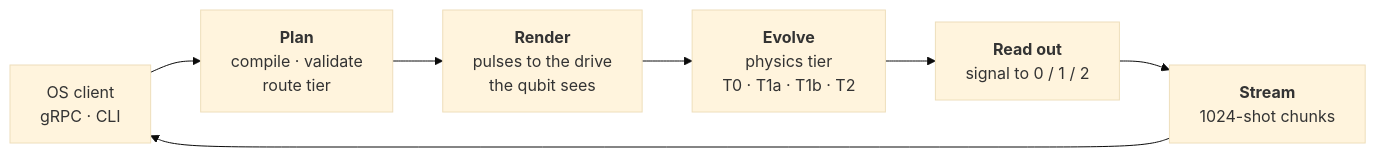
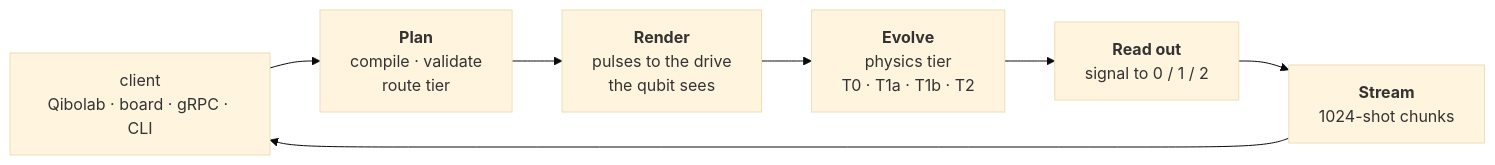
Before and after one commit to PratulDeshpande/QCSS: the second of 2 diagrams in README.md, drawn with Mermaid (base theme). The commit also changed other lines of this file and 96 other files, not shown here.

````diff
--- a/README.md
+++ b/README.md
@@ -26,9 +120,9 @@
 ```mermaid
 flowchart LR
-    OS["OS client<br/>gRPC · CLI"] --> P["<b>Plan</b><br/>compile · validate<br/>route tier"]
+    OS["client<br/>Qibolab · board · gRPC · CLI"] --> P["<b>Plan</b><br/>compile · validate<br/>route tier"]
     P --> R["<b>Render</b><br/>pulses to the drive<br/>the qubit sees"]
     R --> E["<b>Evolve</b><br/>physics tier<br/>T0 · T1a · T1b · T2"]
     E --> D["<b>Read out</b><br/>signal to 0 / 1 / 2"]
     D --> S["<b>Stream</b><br/>1024-shot chunks"]
     S --> OS
 ```
````
